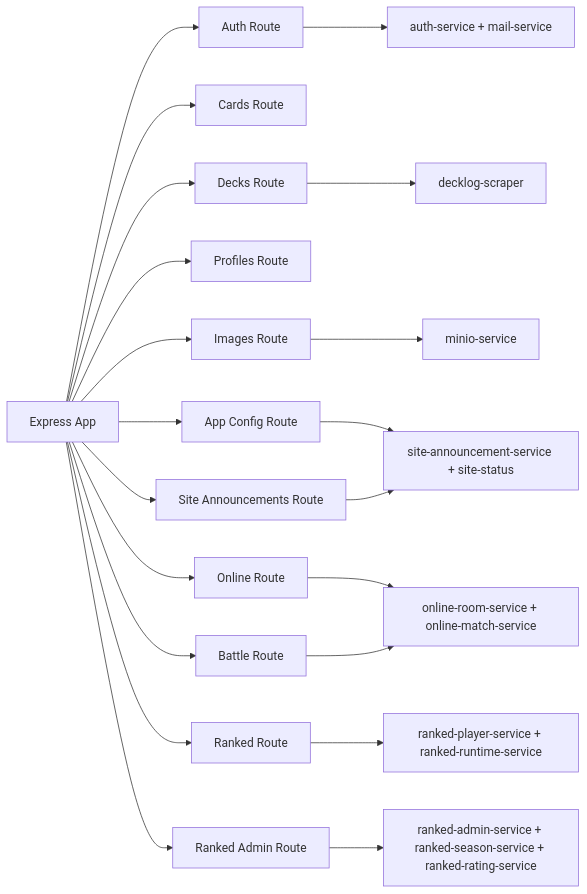
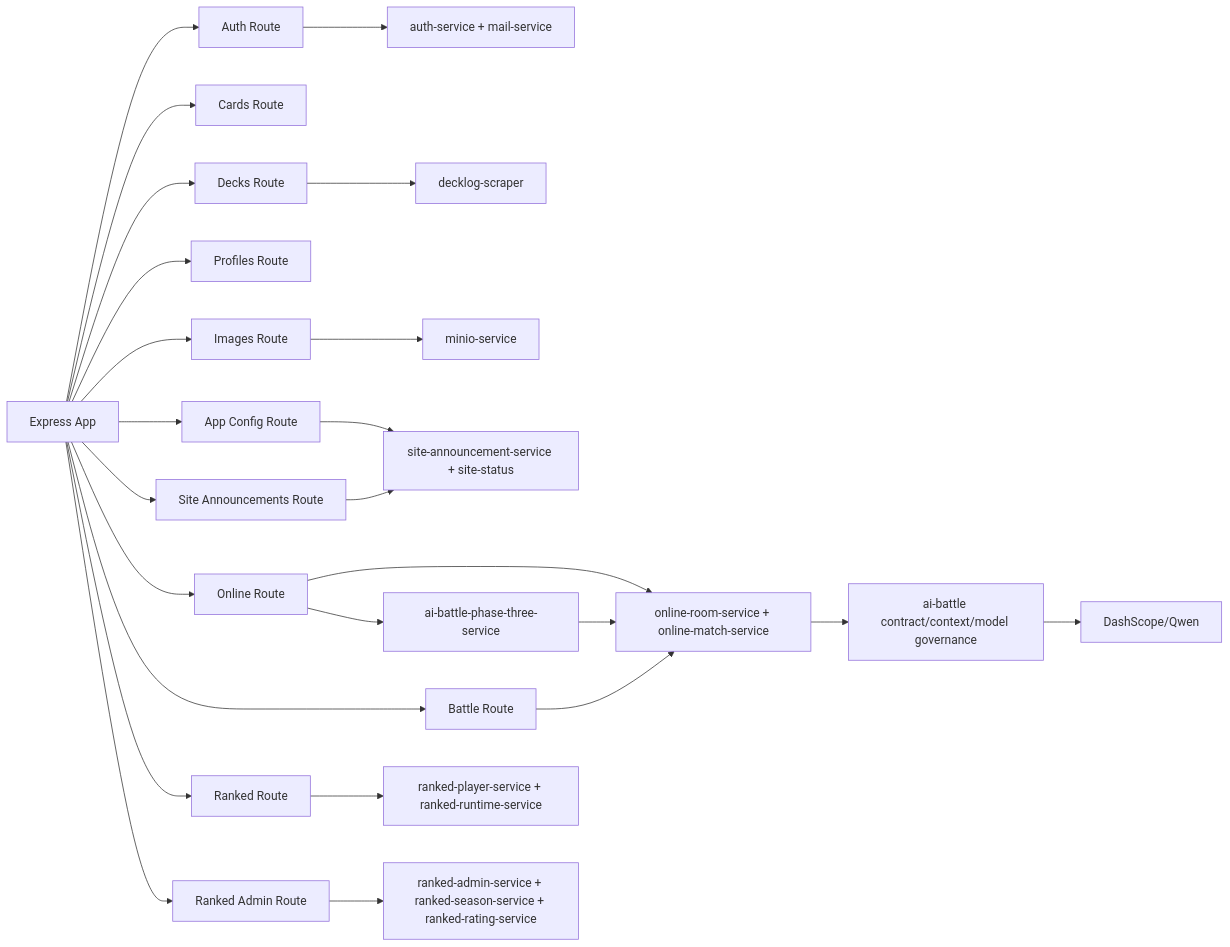
The seventh of 9 diagrams in docs/system-design.md (catmeow123456/loveca-dev), drawn with Mermaid before and after one commit. The commit also changed other lines of this file and 43 other files, not shown here.

````diff
--- a/docs/system-design.md
+++ b/docs/system-design.md
@@ -357,24 +362,28 @@
 ```mermaid
 graph LR
     App[Express App] --> AuthR[Auth Route]
     App --> CardsR[Cards Route]
     App --> DecksR[Decks Route]
     App --> ProfilesR[Profiles Route]
     App --> ImagesR[Images Route]
     App --> ConfigR[App Config Route]
     App --> SiteAnnouncementsR[Site Announcements Route]
     App --> OnlineR[Online Route]
     App --> BattleR[Battle Route]
     App --> RankedR[Ranked Route]
     App --> RankedAdminR[Ranked Admin Route]
 
     AuthR --> AuthSvc[auth-service + mail-service]
     DecksR --> Scraper[decklog-scraper]
     ImagesR --> MinioSvc[minio-service]
     ConfigR --> OpsSvc[site-announcement-service + site-status]
     SiteAnnouncementsR --> OpsSvc
     OnlineR --> OnlineSvc[online-room-service + online-match-service]
     BattleR --> OnlineSvc
     RankedR --> RankedSvc[ranked-player-service + ranked-runtime-service]
     RankedAdminR --> RankedAdminSvc[ranked-admin-service + ranked-season-service + ranked-rating-service]
+    OnlineR --> AiEntry[ai-battle-phase-three-service]
+    AiEntry --> OnlineSvc
+    OnlineSvc --> AiRuntime[ai-battle contract/context/model governance]
+    AiRuntime --> ModelProvider[DashScope/Qwen]
 ```
````
